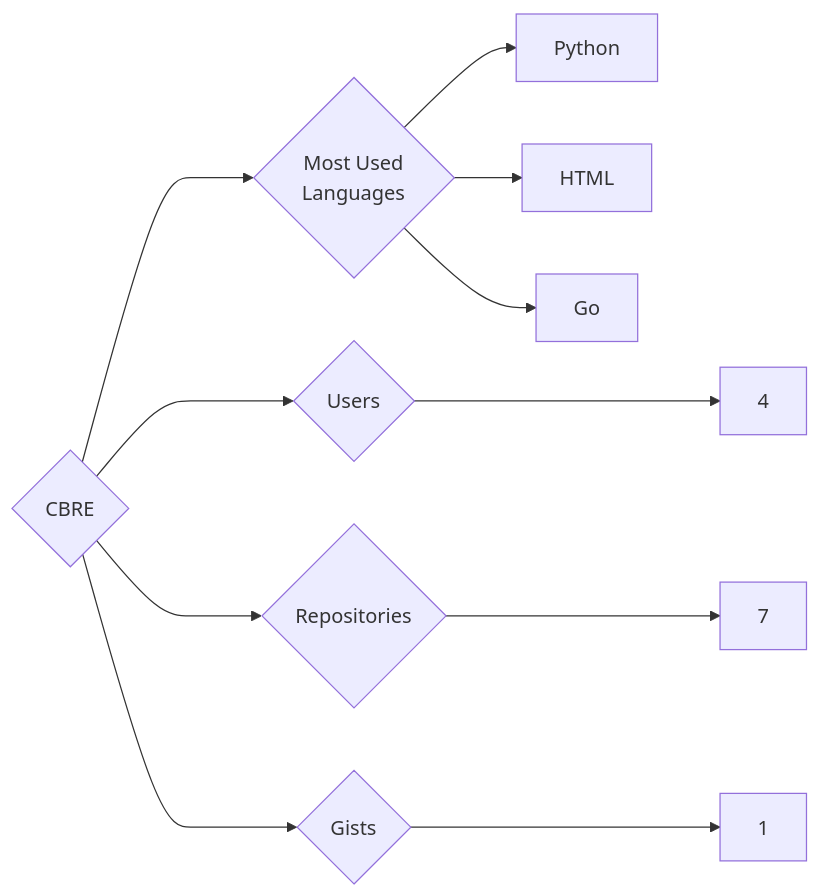
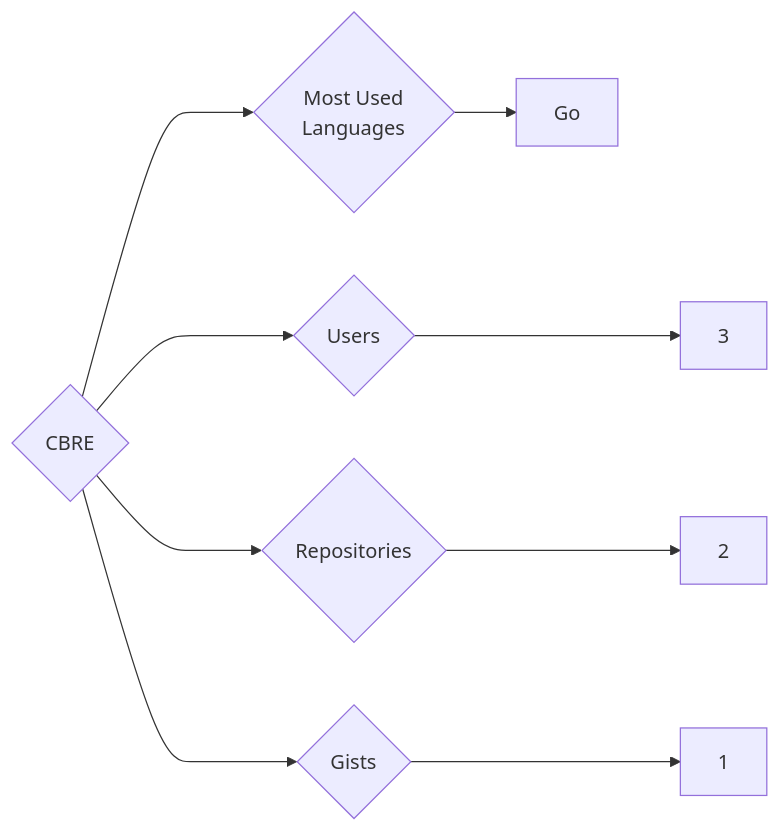
The diagram in targets/CBRE/README.md (trickest/insiders), drawn with Mermaid before and after one commit. The commit also changed 873 other files, not shown here.

````diff
--- a/targets/CBRE/README.md
+++ b/targets/CBRE/README.md
@@ -3,11 +3,9 @@
 ```mermaid
 graph LR
 COMPANY_NAME{CBRE}
-COMPANY_NAME ---> U{Users} ---> UN[4]
-COMPANY_NAME ---> R{Repositories} ---> RN[7]
+COMPANY_NAME ---> U{Users} ---> UN[3]
+COMPANY_NAME ---> R{Repositories} ---> RN[2]
 COMPANY_NAME ---> G{Gists} ---> GN[1]
 COMPANY_NAME ---> ML{Most Used<br>Languages}
-ML --> Python[Python]
-ML --> HTML[HTML]
 ML --> Go[Go]
 ```
````
